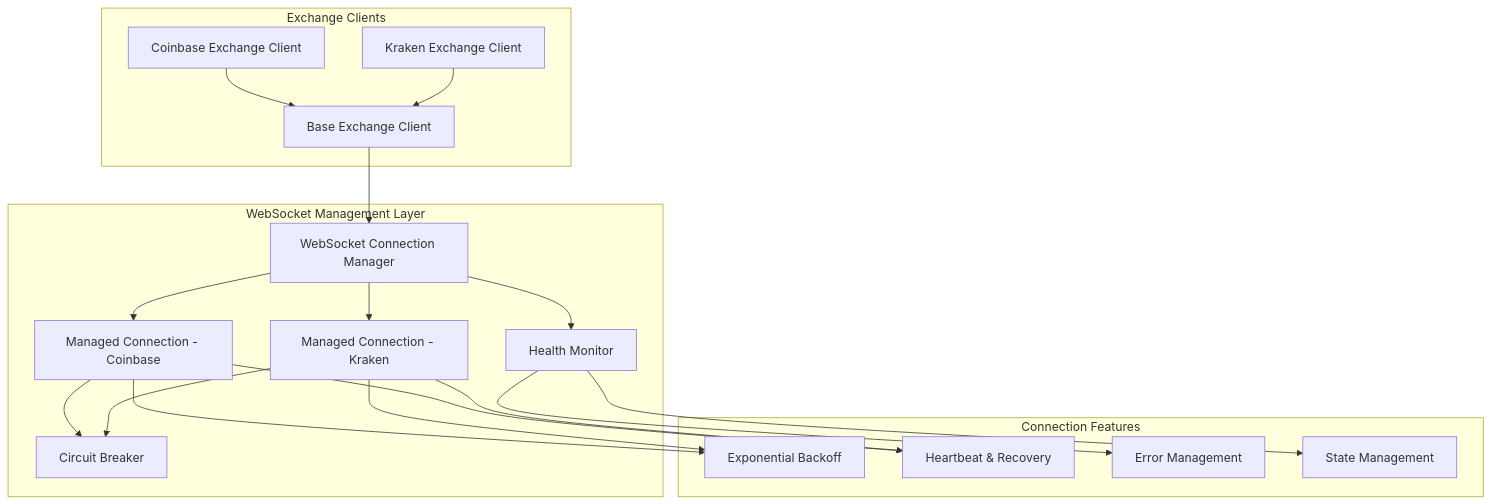
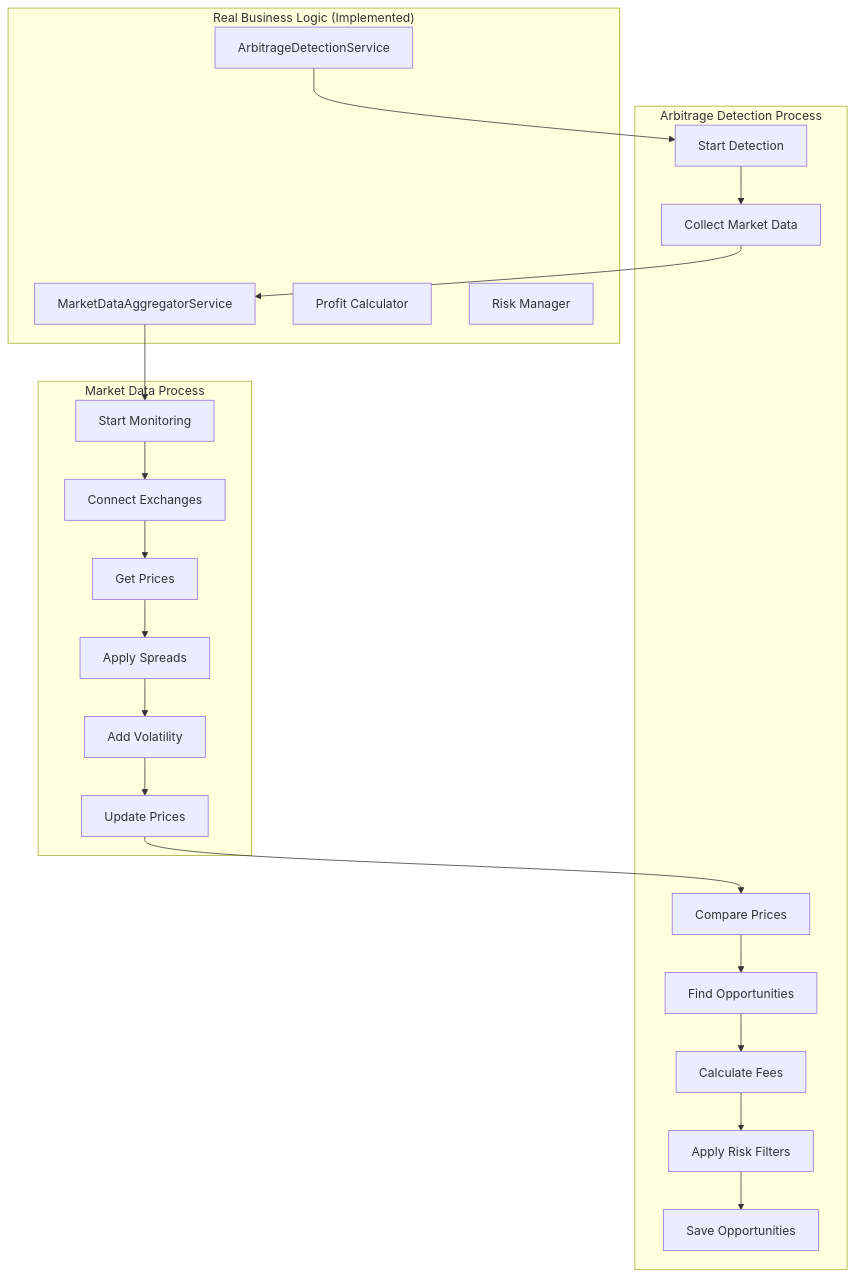
One commit to ygor/crypto-arbitrage changed the second of 2 diagrams in DESIGN_DOCUMENT.md. Above: the diagram before and after it, drawn with Mermaid. The commit also changed other lines of this file, not shown here.

````diff
--- a/DESIGN_DOCUMENT.md
+++ b/DESIGN_DOCUMENT.md
@@ -146,38 +205,43 @@
 ```mermaid
 graph TB
-    subgraph "WebSocket Management Layer"
-        WSCM[WebSocket Connection Manager]
-        MWC1[Managed Connection - Coinbase]
-        MWC2[Managed Connection - Kraken]
-        HM[Health Monitor]
-        CB[Circuit Breaker]
+    subgraph "Real Business Logic (Implemented)"
+        ADS[ArbitrageDetectionService]
+        MDA[MarketDataAggregatorService]
+        PC[Profit Calculator]
+        RM[Risk Manager]
     end
     
-    subgraph "Connection Features"
-        EB[Exponential Backoff]
-        HR[Heartbeat & Recovery]
-        EM[Error Management]
-        SM[State Management]
+    subgraph "Arbitrage Detection Process"
+        SP[Start Detection]
+        CM[Collect Market Data]
+        CP[Compare Prices]
+        FO[Find Opportunities]
+        CF[Calculate Fees]
+        AP[Apply Risk Filters]
+        SO[Save Opportunities]
     end
     
-    subgraph "Exchange Clients"
-        CEX[Coinbase Exchange Client]
-        KEX[Kraken Exchange Client]
-        BEX[Base Exchange Client]
+    subgraph "Market Data Process"
+        SM[Start Monitoring]
+        CE[Connect Exchanges]
+        GP[Get Prices]
+        AS[Apply Spreads]
+        AV[Add Volatility]
+        UP[Update Prices]
     end
     
-    WSCM --> MWC1
-    WSCM --> MWC2
-    WSCM --> HM
-    MWC1 --> EB
-    MWC1 --> HR
-    MWC1 --> CB
-    MWC2 --> EB
-    MWC2 --> HR
-    MWC2 --> CB
-    HM --> EM
-    HM --> SM
-    CEX --> BEX
-    KEX --> BEX
-    BEX --> WSCM
+    ADS --> SP
+    SP --> CM
+    CM --> MDA
+    MDA --> SM
+    SM --> CE
+    CE --> GP
+    GP --> AS
+    AS --> AV
+    AV --> UP
+    UP --> CP
+    CP --> FO
+    FO --> CF
+    CF --> AP
+    AP --> SO
 ```
````
